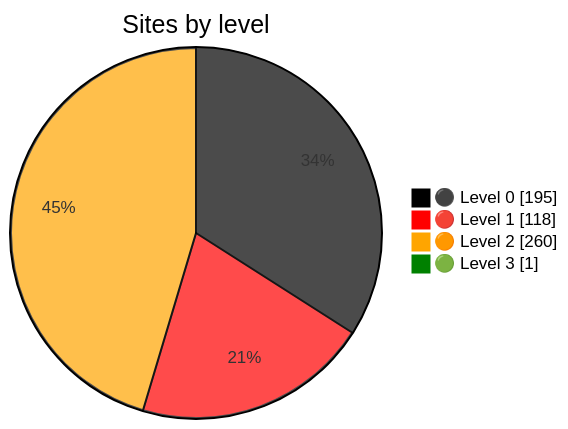
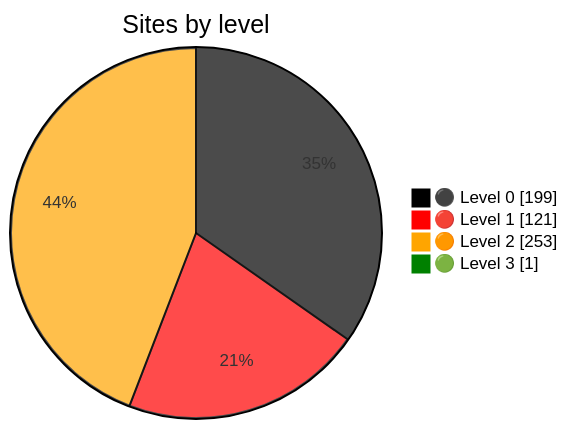
Before and after one commit to Dushmilan/gov_lk_web_auditor: the diagram in README.md, drawn with Mermaid. The commit also changed other lines of this file and 2564 other files, not shown here.

````diff
--- a/README.md
+++ b/README.md
@@ -24,9 +24,9 @@
 ```mermaid
 %%{init: {"themeVariables":{"pie1":"black","pie2":"red","pie3":"orange","pie4":"green"}}}%%
 pie showData
     title Sites by level
-    "⚫ Level 0" : 195
-    "🔴 Level 1" : 118
-    "🟠 Level 2" : 260
+    "⚫ Level 0" : 199
+    "🔴 Level 1" : 121
+    "🟠 Level 2" : 253
     "🟢 Level 3" : 1
 ```
````
